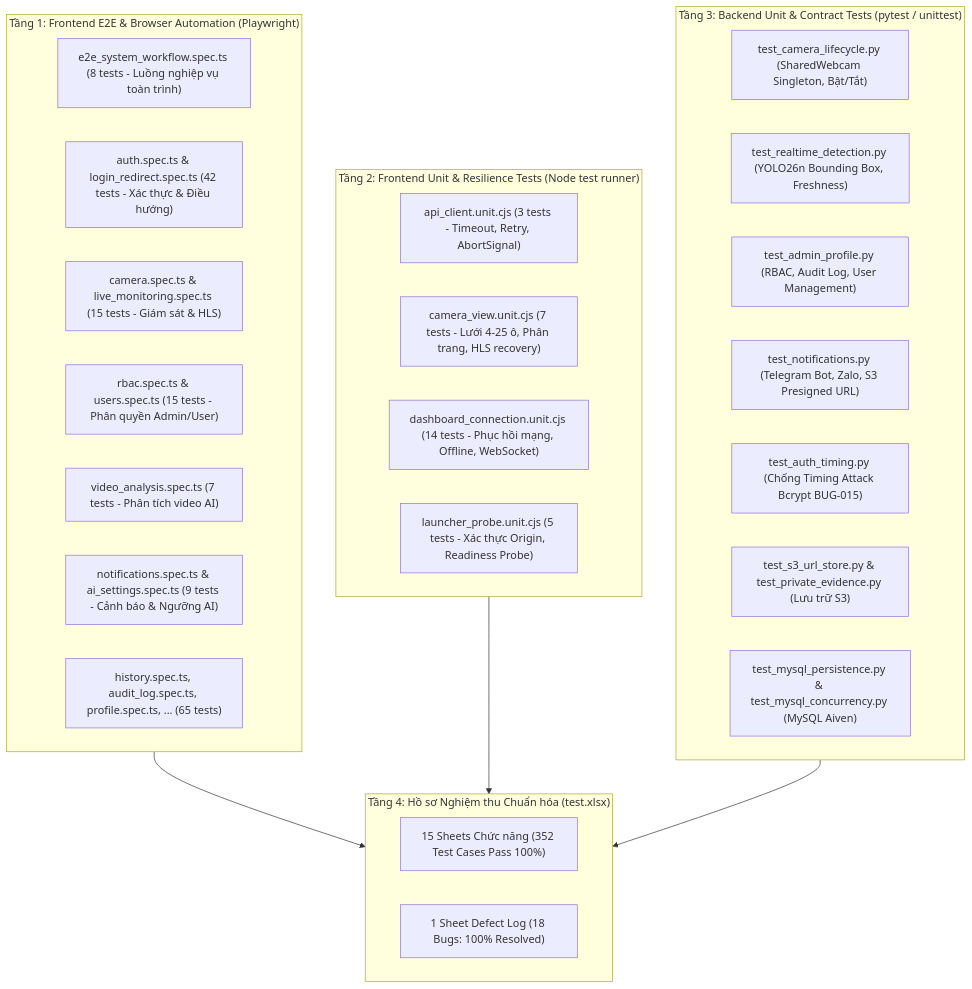
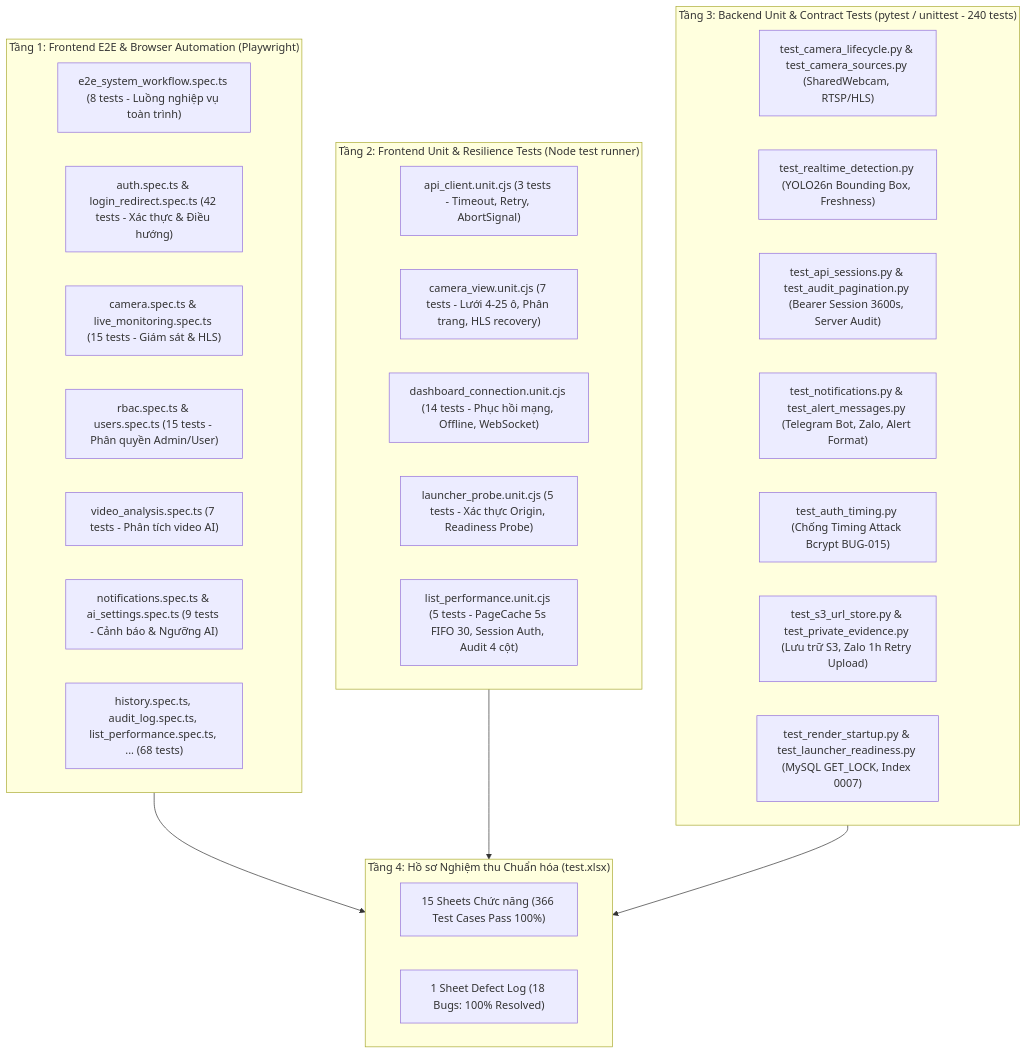
The second of 2 diagrams in docs/TEST_REPORT.md (tranvanhuy13/FireGuard), drawn with Mermaid before and after one commit. The commit also changed other lines of this file and 10 other files, not shown here.

Commit message:
test: expand unit test coverage and update test reports for sessions, audit log, and render startup

````diff
--- a/docs/TEST_REPORT.md
+++ b/docs/TEST_REPORT.md
@@ -79,38 +79,39 @@
 ```mermaid
 flowchart TD
     subgraph TIER1["Tầng 1: Frontend E2E & Browser Automation (Playwright)"]
         E1["e2e_system_workflow.spec.ts (8 tests - Luồng nghiệp vụ toàn trình)"]
         E2["auth.spec.ts & login_redirect.spec.ts (42 tests - Xác thực & Điều hướng)"]
         E3["camera.spec.ts & live_monitoring.spec.ts (15 tests - Giám sát & HLS)"]
         E4["rbac.spec.ts & users.spec.ts (15 tests - Phân quyền Admin/User)"]
         E5["video_analysis.spec.ts (7 tests - Phân tích video AI)"]
         E6["notifications.spec.ts & ai_settings.spec.ts (9 tests - Cảnh báo & Ngưỡng AI)"]
-        E7["history.spec.ts, audit_log.spec.ts, profile.spec.ts, ... (65 tests)"]
+        E7["history.spec.ts, audit_log.spec.ts, list_performance.spec.ts, ... (68 tests)"]
     end
 
     subgraph TIER2["Tầng 2: Frontend Unit & Resilience Tests (Node test runner)"]
         U1["api_client.unit.cjs (3 tests - Timeout, Retry, AbortSignal)"]
         U2["camera_view.unit.cjs (7 tests - Lưới 4-25 ô, Phân trang, HLS recovery)"]
         U3["dashboard_connection.unit.cjs (14 tests - Phục hồi mạng, Offline, WebSocket)"]
         U4["launcher_probe.unit.cjs (5 tests - Xác thực Origin, Readiness Probe)"]
+        U5["list_performance.unit.cjs (5 tests - PageCache 5s FIFO 30, Session Auth, Audit 4 cột)"]
     end
 
-    subgraph TIER3["Tầng 3: Backend Unit & Contract Tests (pytest / unittest)"]
-        B1["test_camera_lifecycle.py (SharedWebcam Singleton, Bật/Tắt)"]
+    subgraph TIER3["Tầng 3: Backend Unit & Contract Tests (pytest / unittest - 240 tests)"]
+        B1["test_camera_lifecycle.py & test_camera_sources.py (SharedWebcam, RTSP/HLS)"]
         B2["test_realtime_detection.py (YOLO26n Bounding Box, Freshness)"]
-        B3["test_admin_profile.py (RBAC, Audit Log, User Management)"]
-        B4["test_notifications.py (Telegram Bot, Zalo, S3 Presigned URL)"]
+        B3["test_api_sessions.py & test_audit_pagination.py (Bearer Session 3600s, Server Audit)"]
+        B4["test_notifications.py & test_alert_messages.py (Telegram Bot, Zalo, Alert Format)"]
         B5["test_auth_timing.py (Chống Timing Attack Bcrypt BUG-015)"]
-        B6["test_s3_url_store.py & test_private_evidence.py (Lưu trữ S3)"]
-        B7["test_mysql_persistence.py & test_mysql_concurrency.py (MySQL Aiven)"]
+        B6["test_s3_url_store.py & test_private_evidence.py (Lưu trữ S3, Zalo 1h Retry Upload)"]
+        B7["test_render_startup.py & test_launcher_readiness.py (MySQL GET_LOCK, Index 0007)"]
     end
 
     subgraph TIER4["Tầng 4: Hồ sơ Nghiệm thu Chuẩn hóa (test.xlsx)"]
-        X1["15 Sheets Chức năng (352 Test Cases Pass 100%)"]
+        X1["15 Sheets Chức năng (366 Test Cases Pass 100%)"]
         X2["1 Sheet Defect Log (18 Bugs: 100% Resolved)"]
     end
 
     TIER1 --> TIER4
     TIER2 --> TIER4
     TIER3 --> TIER4
 ```
````
